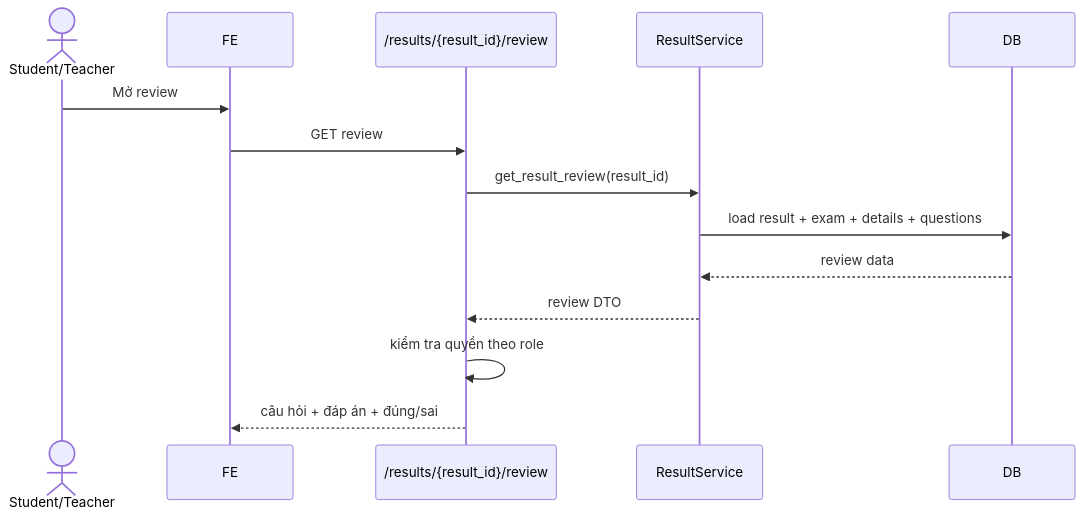
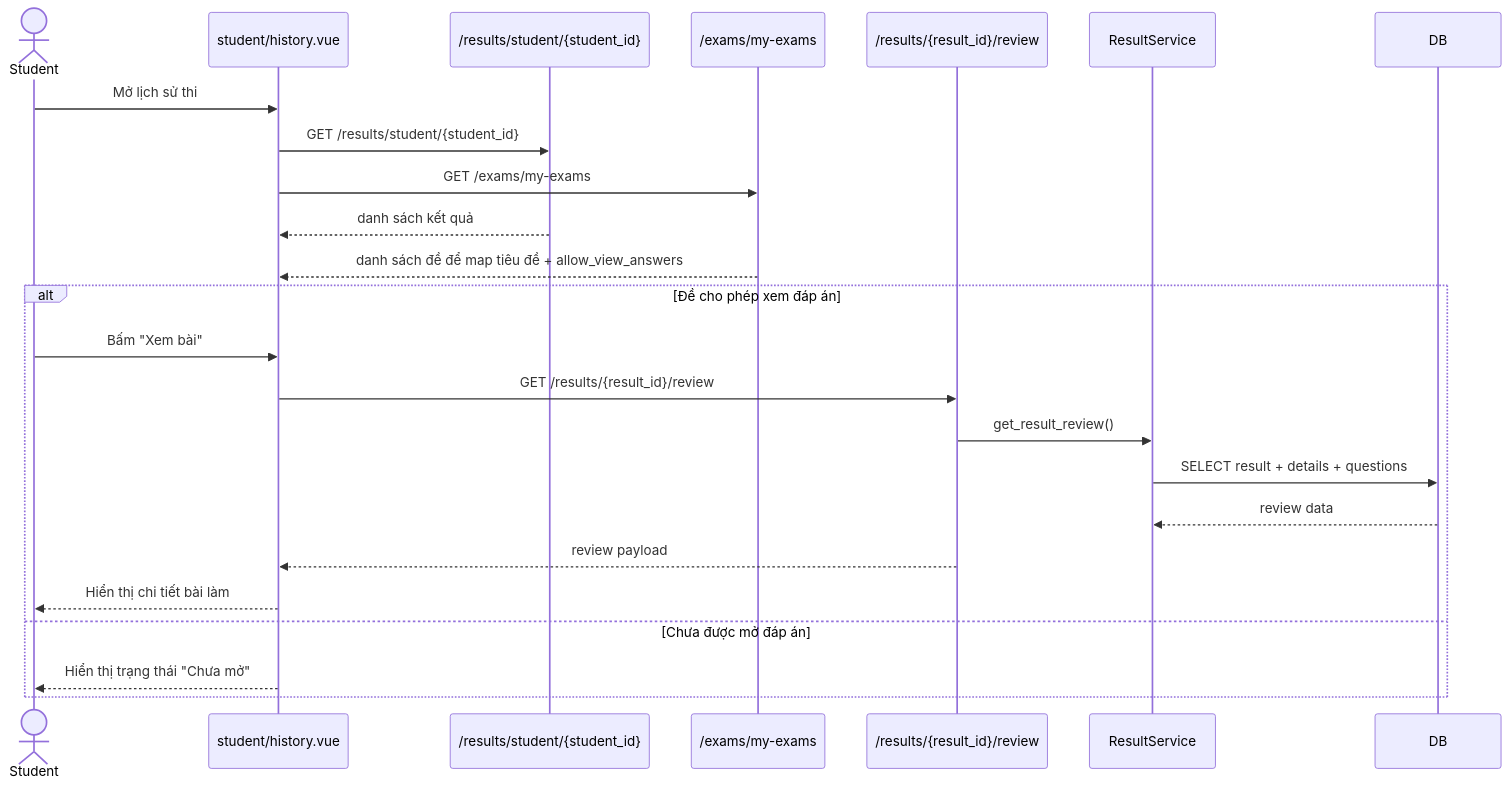
Diagram 16 of 16 in docs/UML.md (Tedomi2525/My_project), drawn with Mermaid before and after one commit. The commit also changed other lines of this file, not shown here.

````diff
--- a/docs/UML.md
+++ b/docs/UML.md
@@ -536,17 +797,28 @@
 ```mermaid
 sequenceDiagram
-actor User as Student/Teacher
-participant FE
-participant ResultAPI as /results/{result_id}/review
+actor Student
+participant HistoryPage as student/history.vue
+participant HistoryAPI as /results/student/{student_id}
+participant ExamListAPI as /exams/my-exams
+participant ReviewAPI as /results/{result_id}/review
 participant ResultService
 participant DB
 
-User->>FE: Mở review
-FE->>ResultAPI: GET review
-ResultAPI->>ResultService: get_result_review(result_id)
-ResultService->>DB: load result + exam + details + questions
-DB-->>ResultService: review data
-ResultService-->>ResultAPI: review DTO
-ResultAPI->>ResultAPI: kiểm tra quyền theo role
-ResultAPI-->>FE: câu hỏi + đáp án + đúng/sai
+Student->>HistoryPage: Mở lịch sử thi
+HistoryPage->>HistoryAPI: GET /results/student/{student_id}
+HistoryPage->>ExamListAPI: GET /exams/my-exams
+HistoryAPI-->>HistoryPage: danh sách kết quả
+ExamListAPI-->>HistoryPage: danh sách đề để map tiêu đề + allow_view_answers
+
+alt Đề cho phép xem đáp án
+  Student->>HistoryPage: Bấm "Xem bài"
+  HistoryPage->>ReviewAPI: GET /results/{result_id}/review
+  ReviewAPI->>ResultService: get_result_review()
+  ResultService->>DB: SELECT result + details + questions
+  DB-->>ResultService: review data
+  ReviewAPI-->>HistoryPage: review payload
+  HistoryPage-->>Student: Hiển thị chi tiết bài làm
+else Chưa được mở đáp án
+  HistoryPage-->>Student: Hiển thị trạng thái "Chưa mở"
+end
 ```
````
